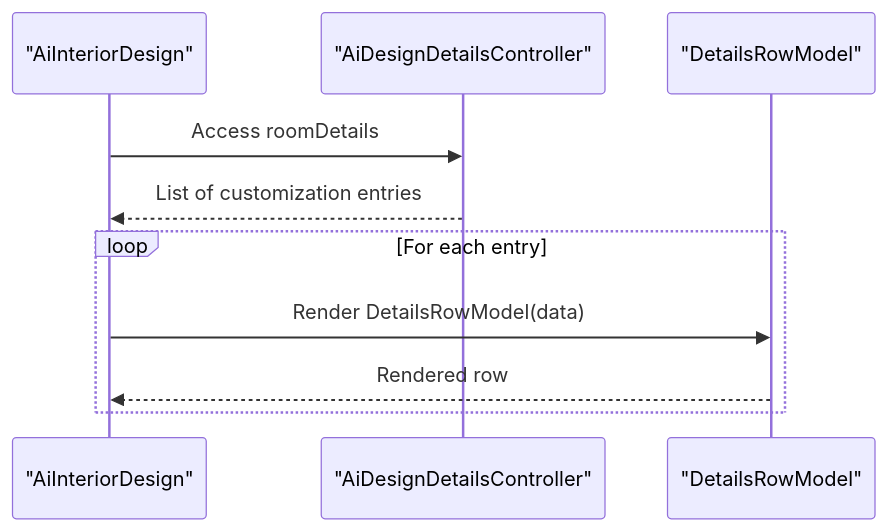
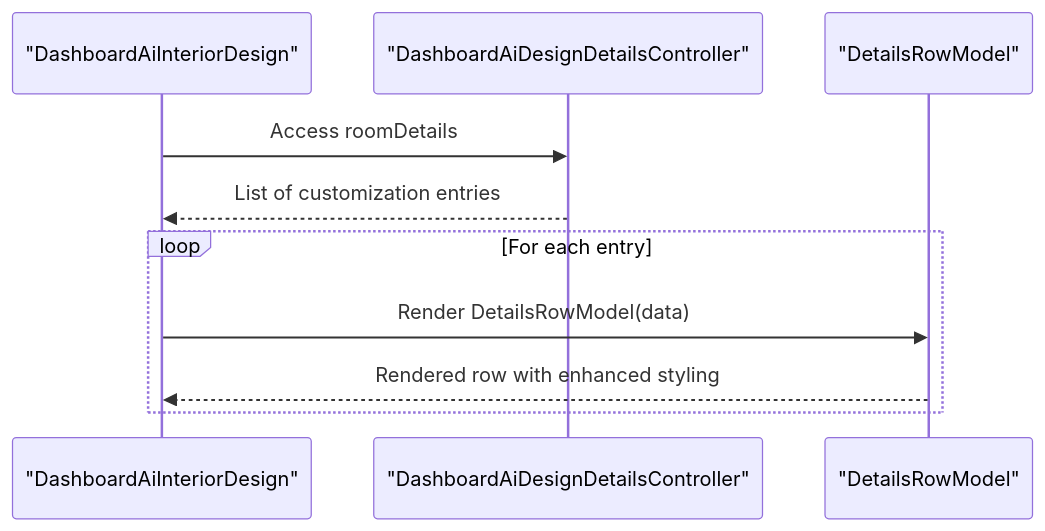
One commit to Ariful3111/FurniGo changed diagram 12 of 13 in .qoder/repowiki/en/content/Core Features/AI Design Services/Design Customization and Preview.md. Above: the diagram before and after it, drawn with Mermaid. The commit also changed other lines of this file and 67 other files, not shown here.

````diff
--- a/.qoder/repowiki/en/content/Core Features/AI Design Services/Design Customization and Preview.md
+++ b/.qoder/repowiki/en/content/Core Features/AI Design Services/Design Customization and Preview.md
@@ -345,12 +467,12 @@
 ```mermaid
 sequenceDiagram
-participant Builder as "AiInteriorDesign"
-participant Controller as "AiDesignDetailsController"
+participant Builder as "DashboardAiInteriorDesign"
+participant Controller as "DashboardAiDesignDetailsController"
 participant Row as "DetailsRowModel"
 Builder->>Controller : Access roomDetails
 Controller-->>Builder : List of customization entries
 loop For each entry
 Builder->>Row : Render DetailsRowModel(data)
-Row-->>Builder : Rendered row
+Row-->>Builder : Rendered row with enhanced styling
 end
 ```
````
